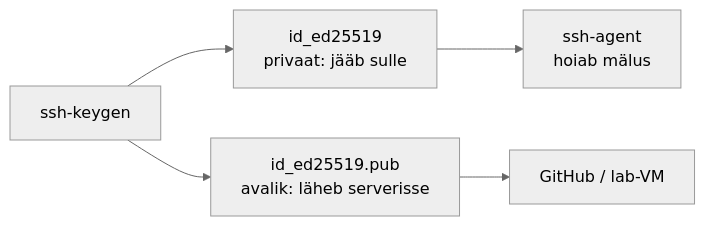
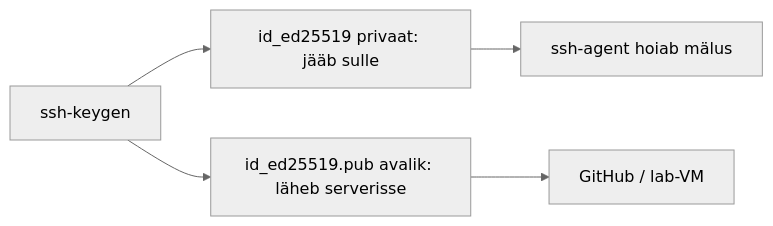
One commit to mariahkhk/vscode_course changed the second of 5 diagrams in 4_ssh_github.md. Above: the diagram before and after it, drawn with Mermaid (neutral theme). The commit also changed other lines of this file, not shown here.

Commit message:
Refactor SSH guide for clarity and remove outdated content

````diff
--- a/4_ssh_github.md
+++ b/4_ssh_github.md
@@ -33,7 +20,7 @@
 ```mermaid
 graph LR
-    A[ssh-keygen] --> B[id_ed25519<br/>privaat: jääb sulle]
-    A --> C[id_ed25519.pub<br/>avalik: läheb serverisse]
-    B --> D[ssh-agent<br/>hoiab mälus]
+    A[ssh-keygen] --> B[id_ed25519 privaat: jääb sulle]
+    A --> C[id_ed25519.pub avalik: läheb serverisse]
+    B --> D[ssh-agent hoiab mälus]
     C --> E[GitHub / lab-VM]
 ```
````
